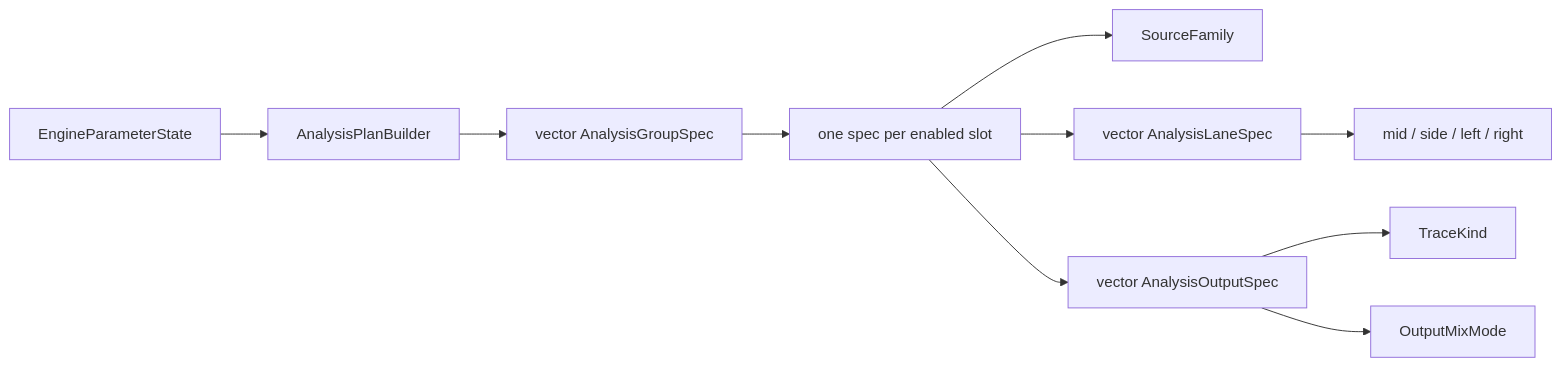
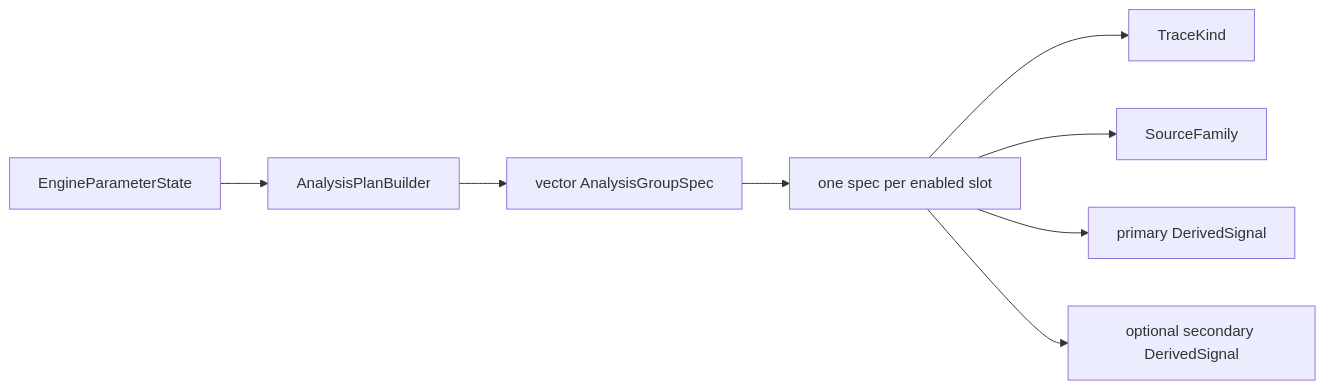
One commit to Silenterc/Band-Spectrum-Analyzer changed the fifth of 8 diagrams in docs/audio-processing-architecture.md. Above: the diagram before and after it, drawn with Mermaid. The commit also changed other lines of this file and 35 other files, not shown here.

````diff
--- a/docs/audio-processing-architecture.md
+++ b/docs/audio-processing-architecture.md
@@ -115,12 +116,10 @@
 ```mermaid
 flowchart LR
     EngineParams[EngineParameterState] --> PlanBuilder[AnalysisPlanBuilder]
     PlanBuilder --> GroupSpecs[vector AnalysisGroupSpec]
     GroupSpecs --> Group[one spec per enabled slot]
+    Group --> TraceKind
     Group --> SourceFamily
-    Group --> Lanes[vector AnalysisLaneSpec]
-    Group --> Outputs[vector AnalysisOutputSpec]
-    Lanes --> DerivedSignal[mid / side / left / right]
-    Outputs --> TraceKind
-    Outputs --> OutputMixMode
+    Group --> Primary[primary DerivedSignal]
+    Group --> Secondary[optional secondary DerivedSignal]
 ```
````
